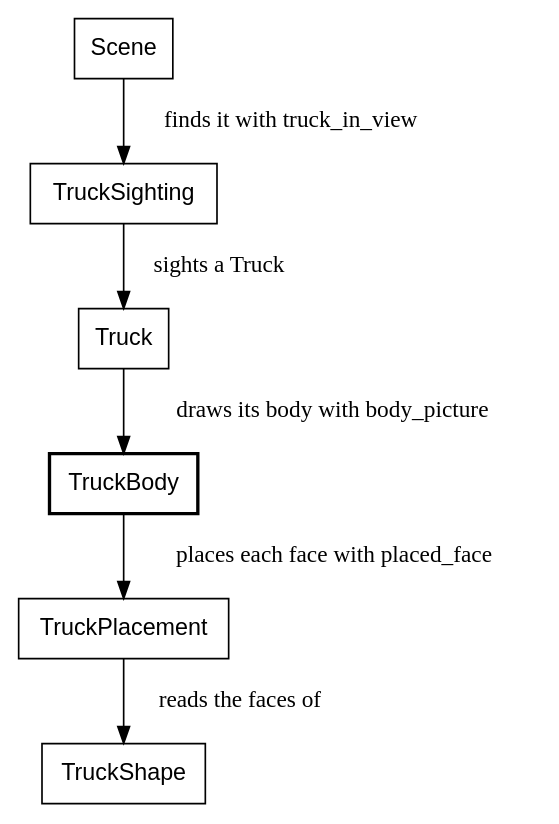
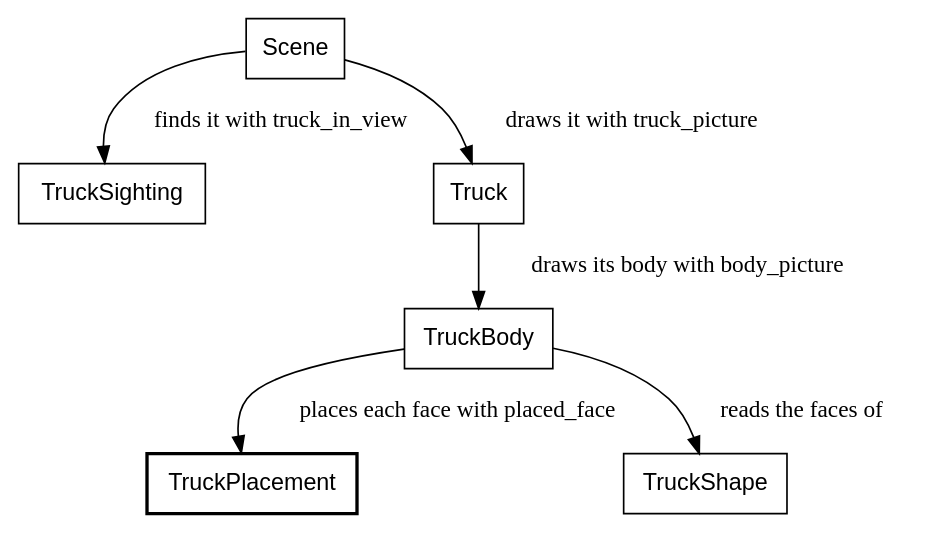
Before and after one commit to showell/roc-apps: diagram 20 of 30 in canvas_apps/safari/tutorial/tutorial.md, drawn with Graphviz. The commit also changed other lines of this file, not shown here.

First line of the commit message:
safari book: the truck shape first; its lights one at a time

````diff
--- a/canvas_apps/safari/tutorial/tutorial.md
+++ b/canvas_apps/safari/tutorial/tutorial.md
@@ -1937,11 +1977,11 @@
 ```dot
 digraph truck_drawing {
   node [shape=box, fontname="Helvetica"];
-  TruckBody [style=bold];
+  TruckPlacement [style=bold];
   Scene -> TruckSighting [label="  finds it with truck_in_view"];
-  TruckSighting -> Truck [label="  sights a Truck"];
+  Scene -> Truck [label="  draws it with truck_picture"];
   Truck -> TruckBody [label="  draws its body with body_picture"];
+  TruckBody -> TruckShape [label="  reads the faces of"];
   TruckBody -> TruckPlacement [label="  places each face with placed_face"];
-  TruckPlacement -> TruckShape [label="  reads the faces of"];
 }
 ```
````
